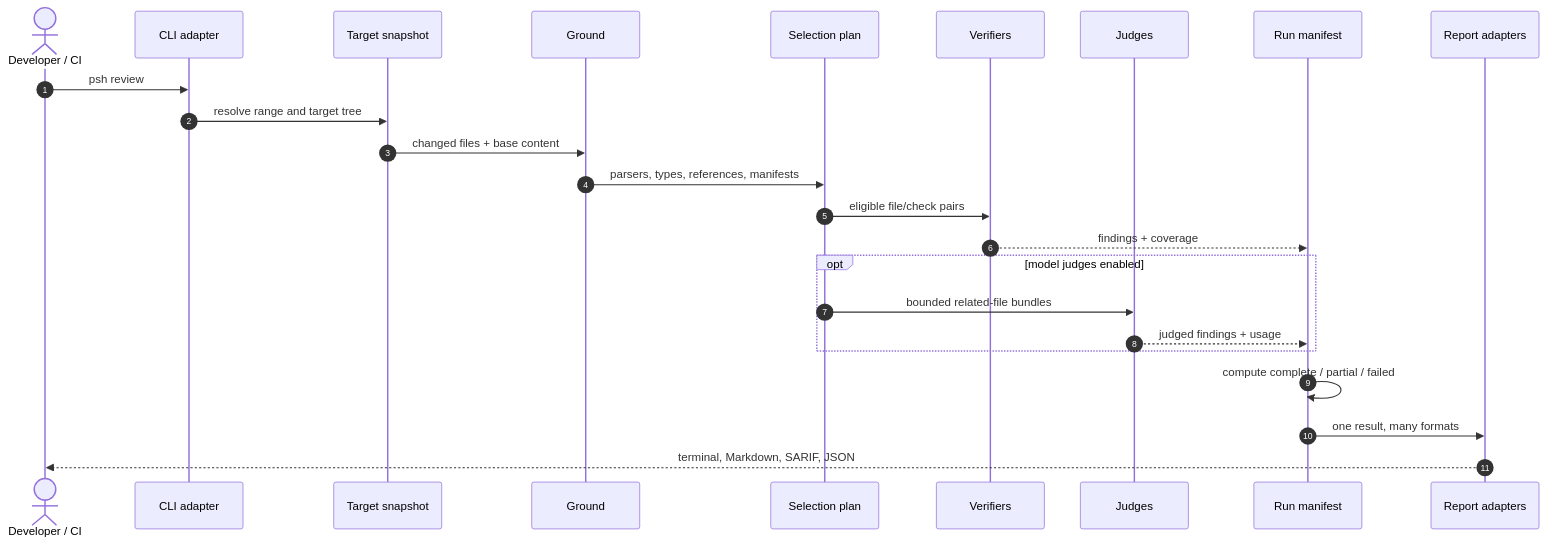
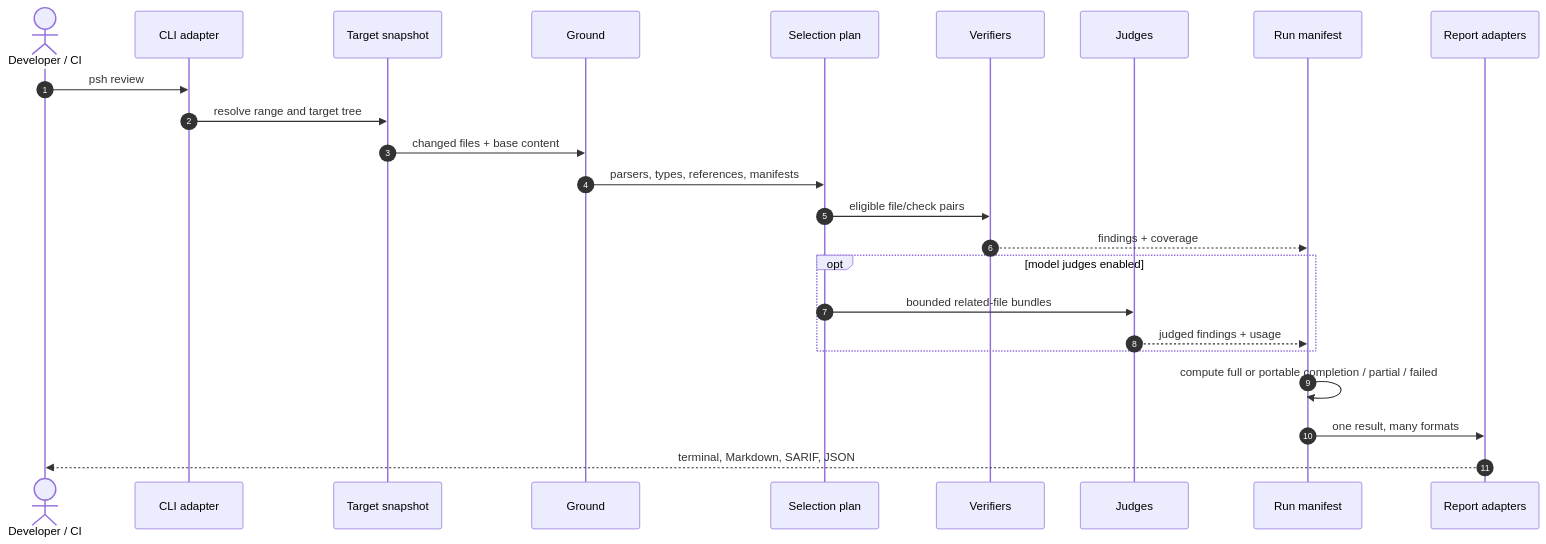
The second of 3 diagrams in docs/architecture.md (xcrft/powershot), drawn with Mermaid before and after one commit. The commit also changed other lines of this file and 27 other files, not shown here.

````diff
--- a/docs/architecture.md
+++ b/docs/architecture.md
@@ -87,27 +87,27 @@
 ```mermaid
 sequenceDiagram
     autonumber
     actor User as Developer / CI
     participant CLI as CLI adapter
     participant Git as Target snapshot
     participant Ground as Ground
     participant Plan as Selection plan
     participant Verify as Verifiers
     participant Judge as Judges
     participant Manifest as Run manifest
     participant Report as Report adapters
 
     User->>CLI: psh review
     CLI->>Git: resolve range and target tree
     Git->>Ground: changed files + base content
     Ground->>Plan: parsers, types, references, manifests
     Plan->>Verify: eligible file/check pairs
     Verify-->>Manifest: findings + coverage
     opt model judges enabled
       Plan->>Judge: bounded related-file bundles
       Judge-->>Manifest: judged findings + usage
     end
-    Manifest->>Manifest: compute complete / partial / failed
+    Manifest->>Manifest: compute full or portable completion / partial / failed
     Manifest->>Report: one result, many formats
     Report-->>User: terminal, Markdown, SARIF, JSON
 ```
````
